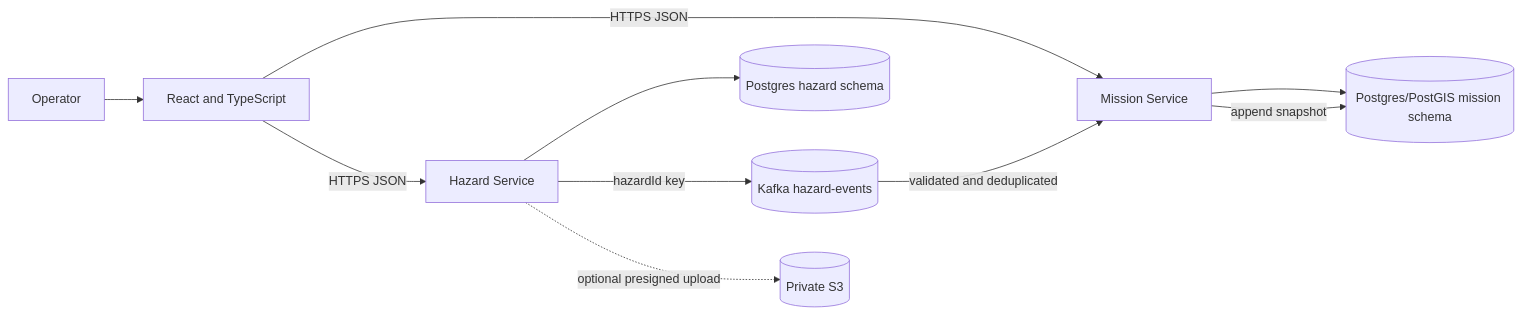
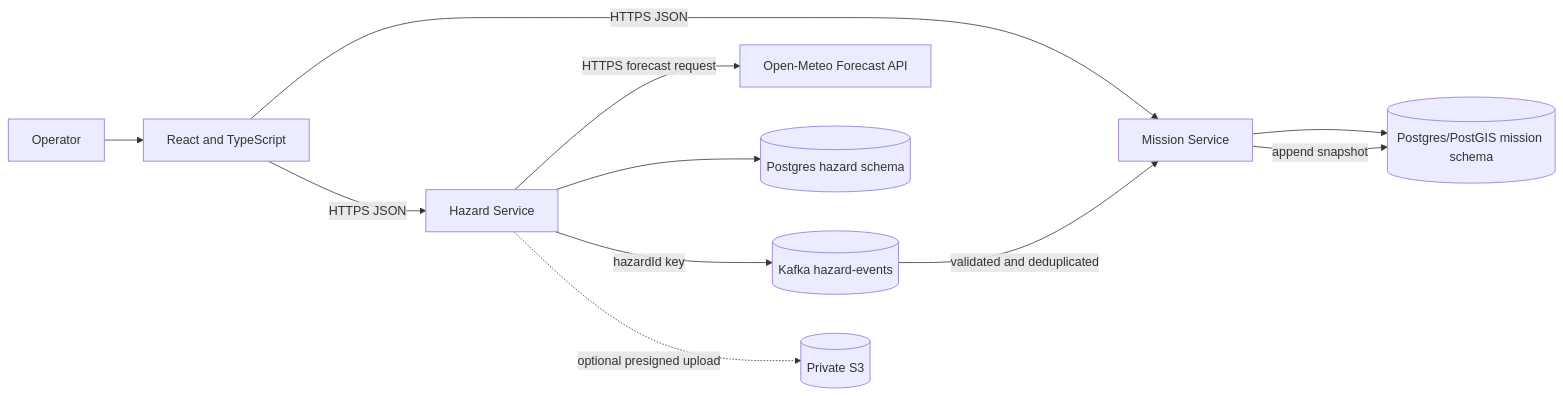
One commit to Vardhangollapalli87/SkyGrid changed the diagram in ARCHITECTURE.md. Above: the diagram before and after it, drawn with Mermaid. The commit also changed other lines of this file and 89 other files, not shown here.

````diff
--- a/ARCHITECTURE.md
+++ b/ARCHITECTURE.md
@@ -11,12 +11,13 @@
 ```mermaid
 flowchart LR
   U[Operator] --> FE[React and TypeScript]
   FE -->|HTTPS JSON| MS[Mission Service]
   FE -->|HTTPS JSON| HS[Hazard Service]
+  HS -->|HTTPS forecast request| OM[Open-Meteo Forecast API]
   MS --> PG[(Postgres/PostGIS mission schema)]
   HS --> PGH[(Postgres hazard schema)]
   HS -->|hazardId key| K[(Kafka hazard-events)]
   K -->|validated and deduplicated| MS
   MS -->|append snapshot| PG
   HS -. optional presigned upload .-> S3[(Private S3)]
 ```
````
